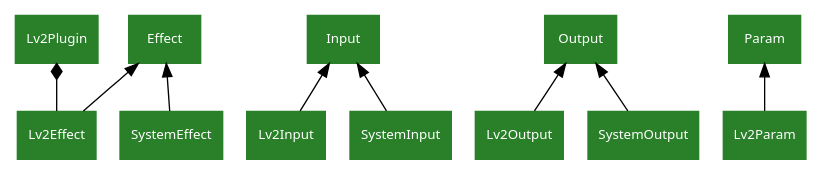
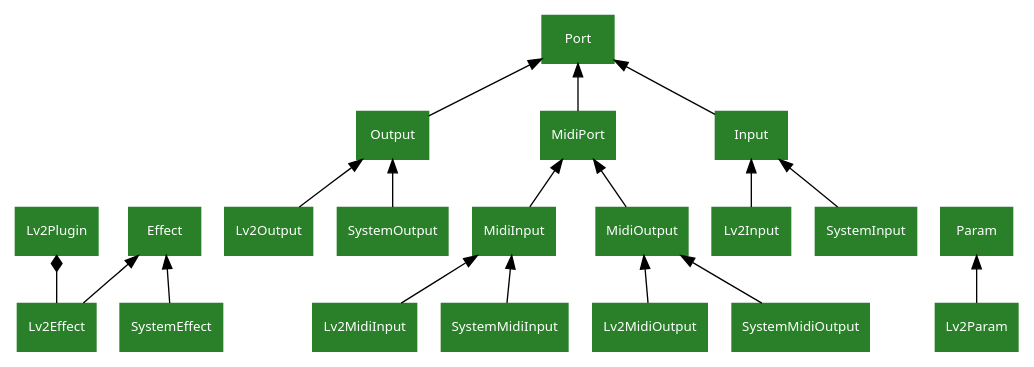
The second of 3 diagrams in docs/source/model.rst (PedalPi/PluginsManager), drawn with Graphviz before and after one commit. The commit also changed other lines of this file and 23 other files, not shown here.

```diff
--- a/docs/source/model.rst
+++ b/docs/source/model.rst
@@ -40,20 +40,31 @@
 .. graphviz::
 
-   digraph classes {
-       graph [rankdir=BT];
-       node [shape=rect, style=filled, color="#298029", fontname=Sans, fontcolor="#ffffff", fontsize=10];
+    digraph classes {
+        graph [rankdir=BT];
+        node [shape=rect, style=filled, color="#298029", fontname=Sans, fontcolor="#ffffff", fontsize=10];
 
-       Lv2Effect->Lv2Plugin[
-           dir="backward", arrowhead="diamond", arrowtail="normal"
-       ];
-       Lv2Effect->Effect;
-       SystemEffect->Effect;
+        Lv2Effect->Lv2Plugin[
+            dir="backward", arrowhead="diamond", arrowtail="normal"
+        ];
+        Lv2Effect->Effect;
+        SystemEffect->Effect;
 
-       Lv2Input->Input;
-       SystemInput->Input;
+        Input->Port;
+        Output->Port;
 
-       Lv2Output->Output;
-       SystemOutput->Output;
+        MidiPort->Port;
+        MidiInput->MidiPort;
+        MidiOutput->MidiPort;
 
-       Lv2Param->Param;
-   }
+        Lv2Input->Input;
+        Lv2Output->Output;
+        Lv2MidiInput->MidiInput;
+        Lv2MidiOutput->MidiOutput;
+
+        SystemInput->Input;
+        SystemOutput->Output;
+        SystemMidiInput->MidiInput;
+        SystemMidiOutput->MidiOutput;
+
+        Lv2Param->Param;
+    }
```
